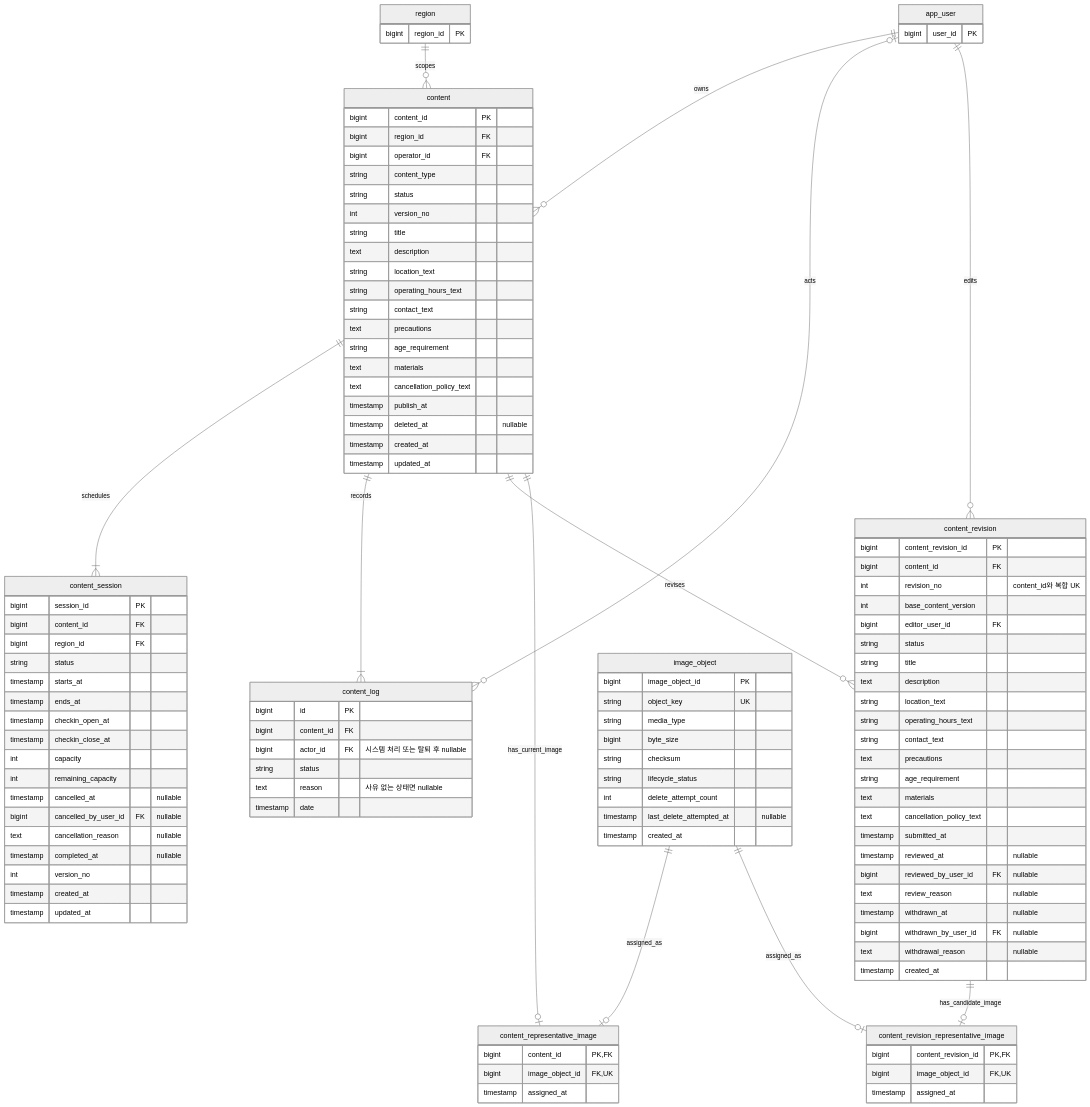
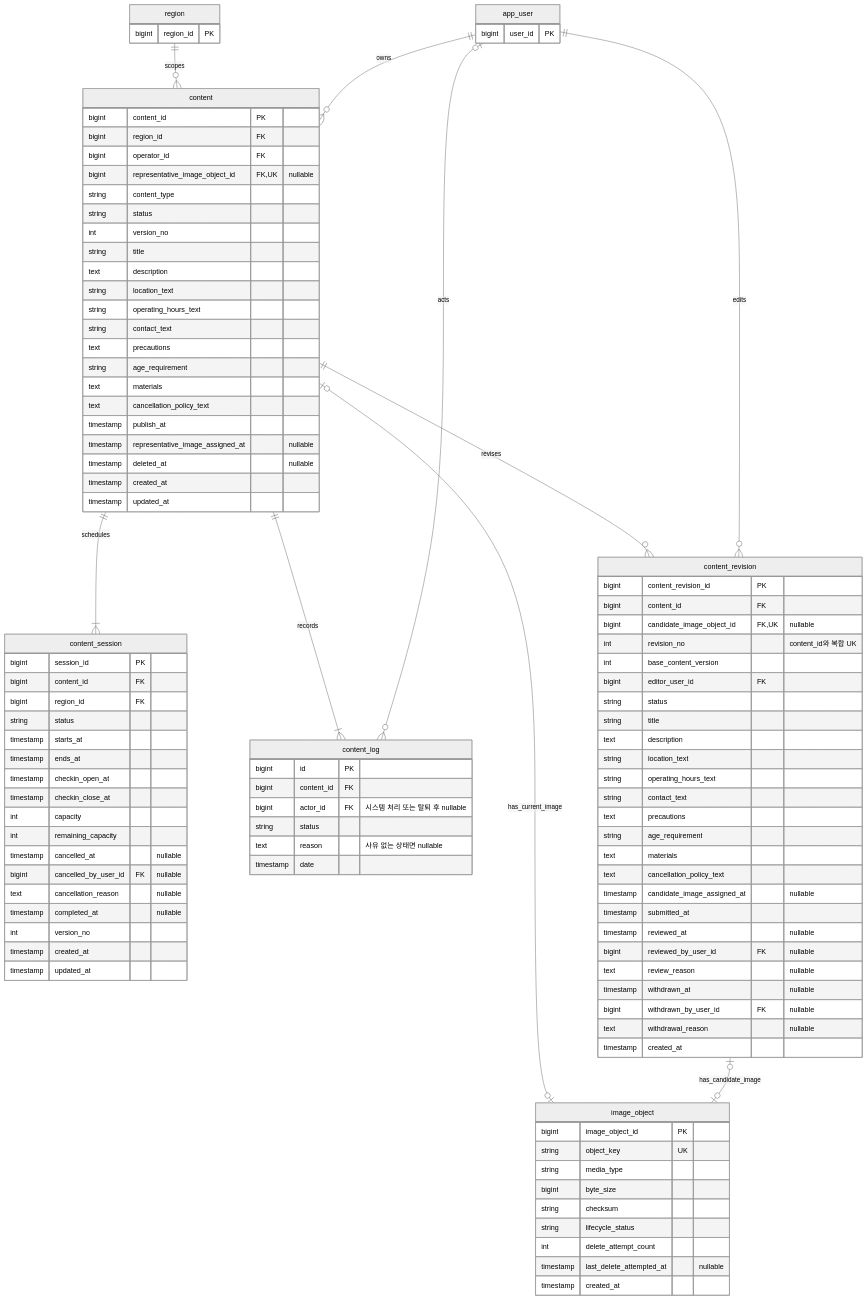
The third of 5 diagrams in docs/erd.md (Gimhae-Yay/Regional-Event-Platform-Backend), drawn with Mermaid (neutral theme) before and after one commit. The commit also changed other lines of this file and 1 other file, not shown here.

````diff
--- a/docs/erd.md
+++ b/docs/erd.md
@@ -288,6 +284,7 @@
         bigint content_id PK
         bigint region_id FK
         bigint operator_id FK
+        bigint representative_image_object_id FK, UK "nullable"
         string content_type
         string status
         int version_no
@@ -301,6 +298,7 @@
         text materials
         text cancellation_policy_text
         timestamp publish_at
+        timestamp representative_image_assigned_at "nullable"
         timestamp deleted_at "nullable"
         timestamp created_at
         timestamp updated_at
@@ -338,6 +336,7 @@
     content_revision {
         bigint content_revision_id PK
         bigint content_id FK
+        bigint candidate_image_object_id FK, UK "nullable"
         int revision_no "content_id와 복합 UK"
         int base_content_version
         bigint editor_user_id FK
@@ -351,6 +350,7 @@
         string age_requirement
         text materials
         text cancellation_policy_text
+        timestamp candidate_image_assigned_at "nullable"
         timestamp submitted_at
         timestamp reviewed_at "nullable"
         bigint reviewed_by_user_id FK "nullable"
@@ -373,18 +373,6 @@
         timestamp created_at
     }
 
-    content_representative_image {
-        bigint content_id PK, FK
-        bigint image_object_id FK, UK
-        timestamp assigned_at
-    }
-
-    content_revision_representative_image {
-        bigint content_revision_id PK, FK
-        bigint image_object_id FK, UK
-        timestamp assigned_at
-    }
-
     region ||--o{ content : scopes
     app_user ||--o{ content : owns
     content ||--|{ content_session : schedules
@@ -392,8 +380,6 @@
     app_user o|--o{ content_log : acts
     content ||--o{ content_revision : revises
     app_user ||--o{ content_revision : edits
-    content ||--o| content_representative_image : has_current_image
-    image_object ||--o| content_representative_image : assigned_as
-    content_revision ||--o| content_revision_representative_image : has_candidate_image
-    image_object ||--o| content_revision_representative_image : assigned_as
+    content o|--o| image_object : has_current_image
+    content_revision o|--o| image_object : has_candidate_image
 ```
````
